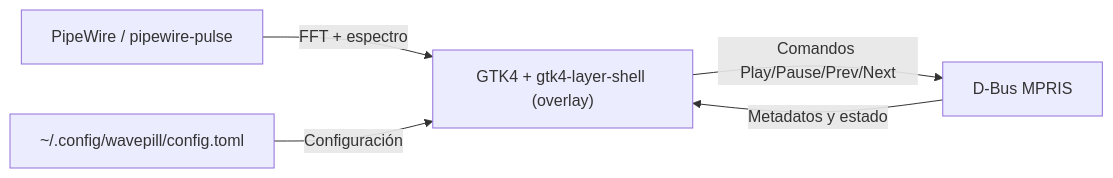
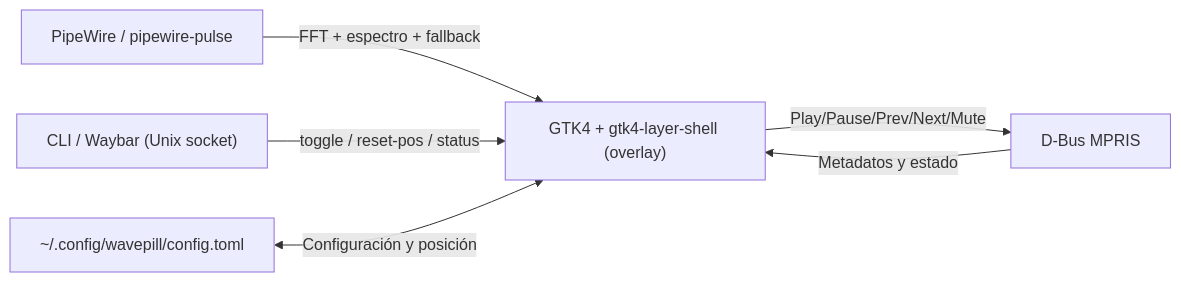
The diagram in README.md (PahesebPJ/wavepill), drawn with Mermaid before and after one commit. The commit also changed other lines of this file and 1 other file, not shown here.

Commit message:
docs(repo): update README for drag/Waybar IPC and add MIT license

````diff
--- a/README.md
+++ b/README.md
@@ -9,7 +13,8 @@
 ```mermaid
 flowchart LR
-    PW["PipeWire / pipewire-pulse"] -->|"FFT + espectro"| UI["GTK4 + gtk4-layer-shell (overlay)"]
+    PW["PipeWire / pipewire-pulse"] -->|"FFT + espectro + fallback"| UI["GTK4 + gtk4-layer-shell (overlay)"]
     DBUS["D-Bus MPRIS"] -->|"Metadatos y estado"| UI
-    UI -->|"Comandos Play/Pause/Prev/Next"| DBUS
-    CFG["~/.config/wavepill/config.toml"] -->|"Configuración"| UI
+    UI -->|"Play/Pause/Prev/Next/Mute"| DBUS
+    IPC["CLI / Waybar (Unix socket)"] -->|"toggle / reset-pos / status"| UI
+    CFG["~/.config/wavepill/config.toml"] <-->|"Configuración y posición"| UI
 ```
````
